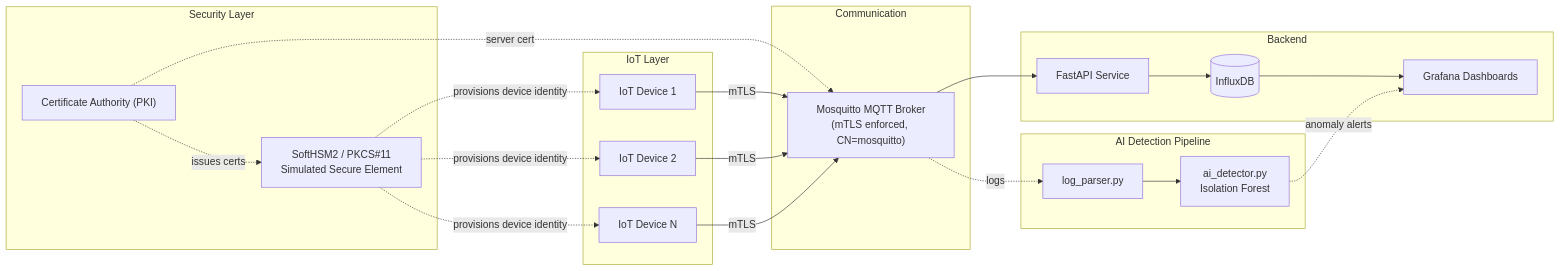
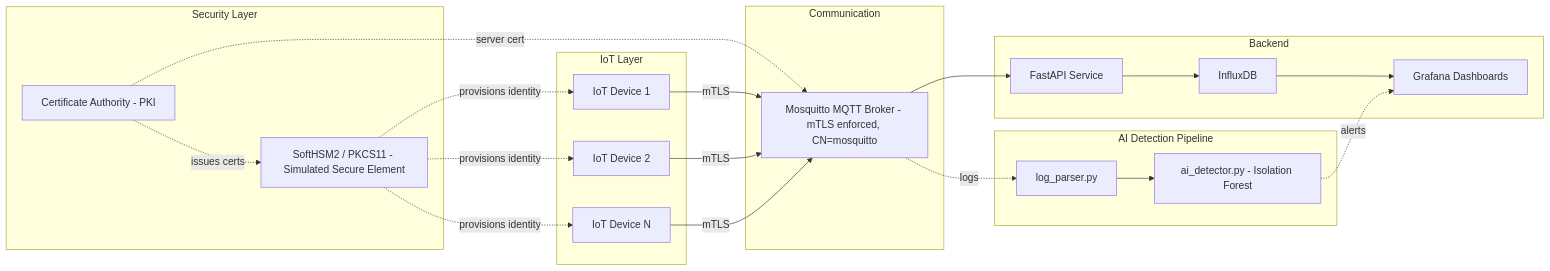
The diagram in README.md (fujiayoub/VirtuSEc-IoT), drawn with Mermaid before and after one commit. The commit also changed other lines of this file, not shown here.

Commit message:
Fix formatting and improve readability in README

````diff
--- a/README.md
+++ b/README.md
@@ -39,41 +40,41 @@
 ```mermaid
 flowchart LR
-    subgraph iot["IoT Layer"]
+    subgraph IoT Layer
         D1["IoT Device 1"]
         D2["IoT Device 2"]
         D3["IoT Device N"]
     end
 
-    subgraph sec["Security Layer"]
-        SE["SoftHSM2 / PKCS#11<br/>Simulated Secure Element"]
-        PKI["Certificate Authority (PKI)"]
+    subgraph Security Layer
+        SE["SoftHSM2 / PKCS11 - Simulated Secure Element"]
+        PKI["Certificate Authority - PKI"]
     end
 
-    subgraph comm["Communication"]
-        MB["Mosquitto MQTT Broker<br/>(mTLS enforced, CN=mosquitto)"]
+    subgraph Communication
+        MB["Mosquitto MQTT Broker - mTLS enforced, CN=mosquitto"]
     end
 
-    subgraph backend["Backend"]
+    subgraph Backend
         API["FastAPI Service"]
-        DB[("InfluxDB")]
+        DB["InfluxDB"]
         GF["Grafana Dashboards"]
     end
 
-    subgraph ai["AI Detection Pipeline"]
+    subgraph AI Detection Pipeline
         LP["log_parser.py"]
-        AD["ai_detector.py<br/>Isolation Forest"]
+        AD["ai_detector.py - Isolation Forest"]
     end
 
     PKI -.->|issues certs| SE
-    SE -.->|provisions device identity| D1
-    SE -.->|provisions device identity| D2
-    SE -.->|provisions device identity| D3
+    SE -.->|provisions identity| D1
+    SE -.->|provisions identity| D2
+    SE -.->|provisions identity| D3
     PKI -.->|server cert| MB
 
     D1 -->|mTLS| MB
     D2 -->|mTLS| MB
     D3 -->|mTLS| MB
 
     MB --> API --> DB --> GF
-    MB -.->|logs| LP --> AD -.->|anomaly alerts| GF
+    MB -.->|logs| LP --> AD -.->|alerts| GF
 ```
````
